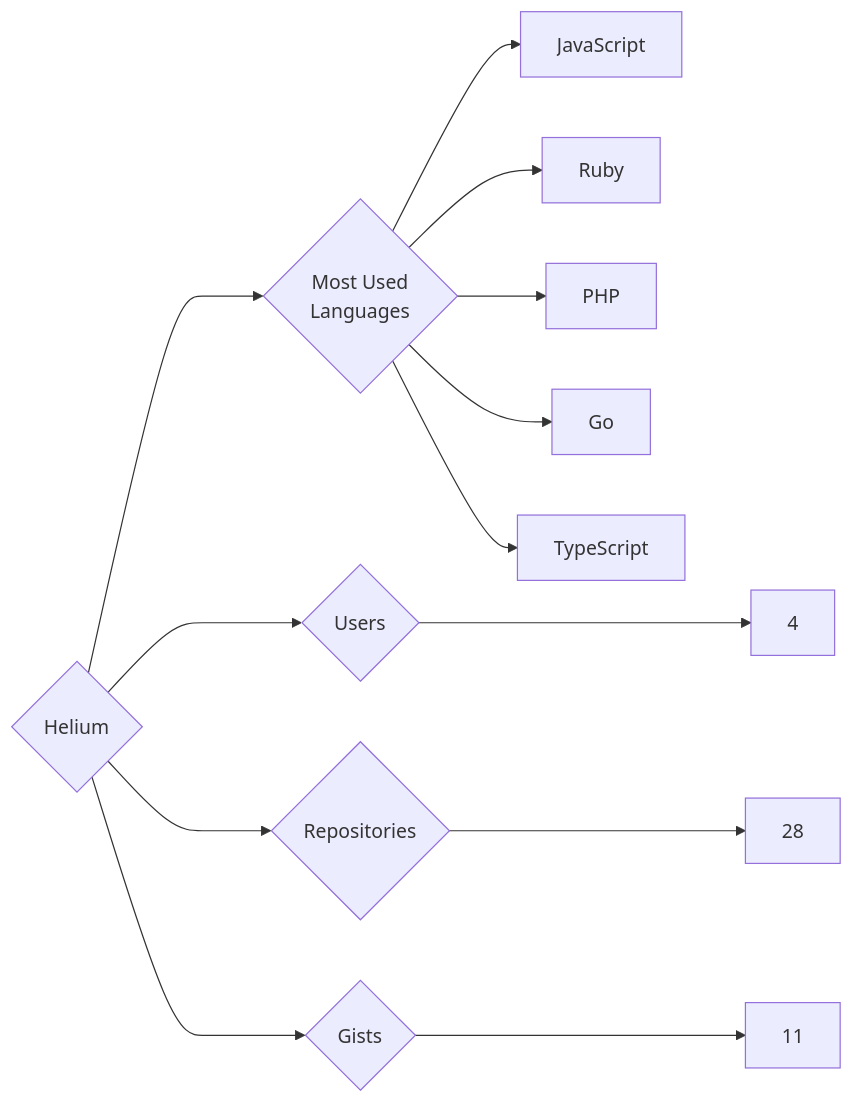
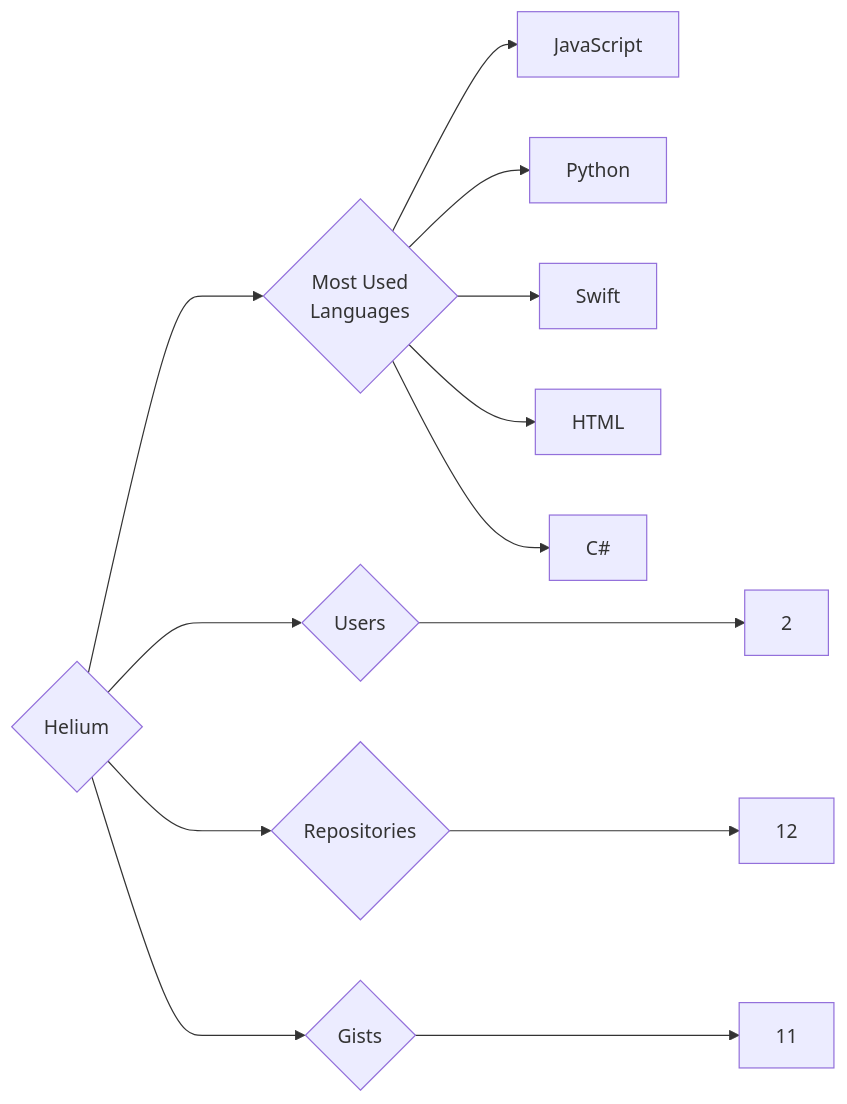
One commit to trickest/insiders changed the diagram in targets/Helium/README.md. Above: the diagram before and after it, drawn with Mermaid. The commit also changed 776 other files, not shown here.

````diff
--- a/targets/Helium/README.md
+++ b/targets/Helium/README.md
@@ -3,13 +3,13 @@
 ```mermaid
 graph LR
 COMPANY_NAME{Helium}
-COMPANY_NAME ---> U{Users} ---> UN[4]
-COMPANY_NAME ---> R{Repositories} ---> RN[28]
+COMPANY_NAME ---> U{Users} ---> UN[2]
+COMPANY_NAME ---> R{Repositories} ---> RN[12]
 COMPANY_NAME ---> G{Gists} ---> GN[11]
 COMPANY_NAME ---> ML{Most Used<br>Languages}
 ML --> JavaScript[JavaScript]
-ML --> Ruby[Ruby]
-ML --> PHP[PHP]
-ML --> Go[Go]
-ML --> TypeScript[TypeScript]
+ML --> Python[Python]
+ML --> Swift[Swift]
+ML --> HTML[HTML]
+ML --> C#[C#]
 ```
````
